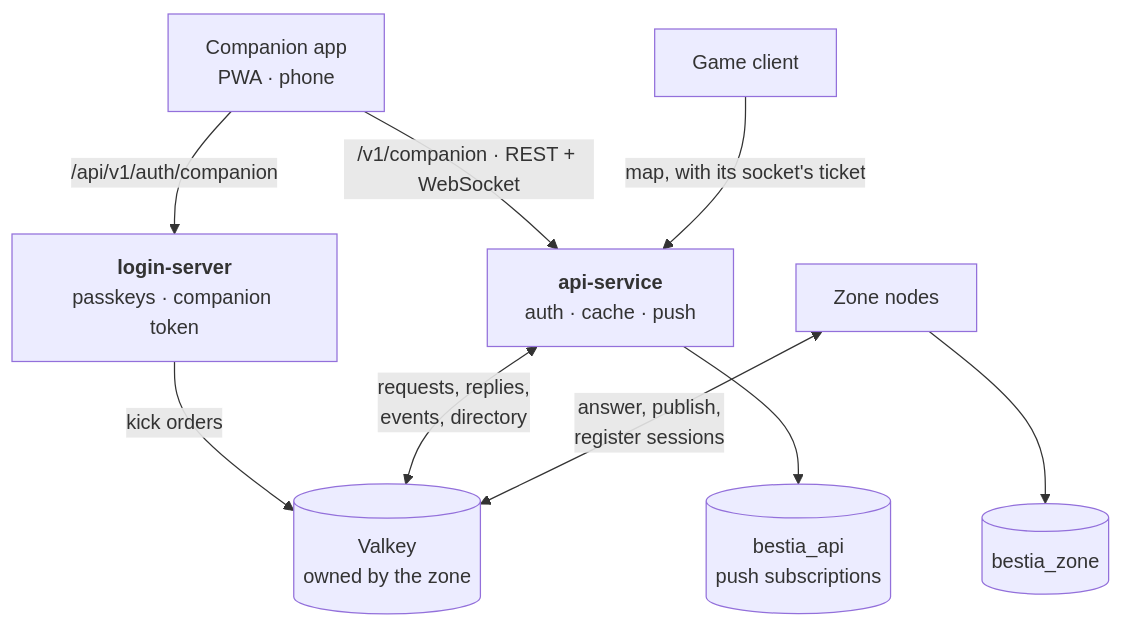
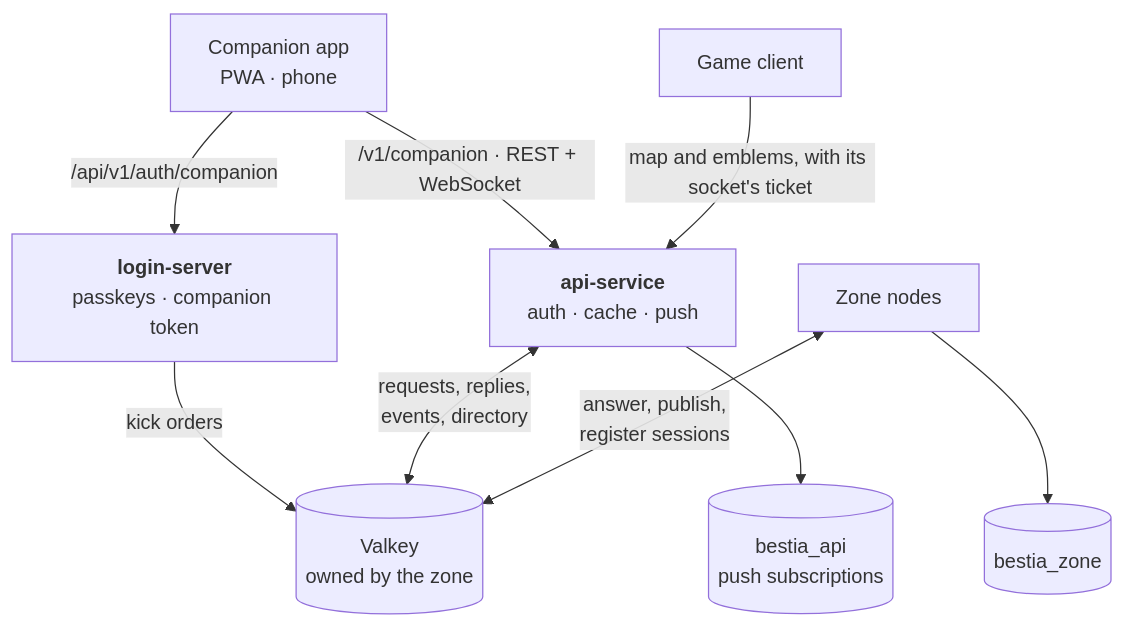
One commit to tfelix/bestia-docs changed the diagram in content/docs/server/api-service.md. Above: the diagram before and after it, drawn with Mermaid. The commit also changed other lines of this file and 3 other files, not shown here.

````diff
--- a/content/docs/server/api-service.md
+++ b/content/docs/server/api-service.md
@@ -28,11 +28,11 @@
 ```mermaid
 graph TB
   A["Companion app<br/>PWA · phone"] -->|"/api/v1/auth/companion"| L["<b>login-server</b><br/>passkeys · companion token"]
   A -->|"/v1/companion · REST + WebSocket"| API["<b>api-service</b><br/>auth · cache · push"]
-  G["Game client"] -->|"map, with its socket's ticket"| API
+  G["Game client"] -->|"map and emblems, with its socket's ticket"| API
   L -->|"kick orders"| V
   API <-->|"requests, replies,<br/>events, directory"| V[("Valkey<br/>owned by the zone")]
   Z["Zone nodes"] <-->|"answer, publish,<br/>register sessions"| V
   API --> DB[("bestia_api<br/>push subscriptions")]
   Z --> ZDB[("bestia_zone")]
 ```
````
